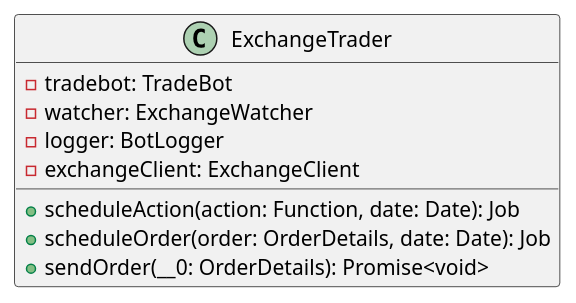
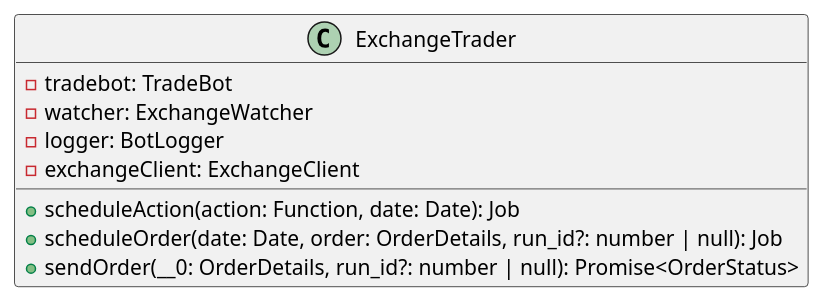
The diagram in docs/ExchangeTrader.puml (d0rich/tradeb0t), drawn with PlantUML before and after one commit. The commit also changed 6 other files, not shown here.

```diff
--- a/docs/ExchangeTrader.puml
+++ b/docs/ExchangeTrader.puml
@@ -1,12 +1,12 @@
 @startuml
 class ExchangeTrader {
     -tradebot: TradeBot
     -watcher: ExchangeWatcher
     -logger: BotLogger
     -exchangeClient: ExchangeClient
     +scheduleAction(action: Function, date: Date): Job
-    +scheduleOrder(order: OrderDetails, date: Date): Job
-    +sendOrder(__0: OrderDetails): Promise<void>
+    +scheduleOrder(date: Date, order: OrderDetails, run_id?: number | null): Job
+    +sendOrder(__0: OrderDetails, run_id?: number | null): Promise<OrderStatus>
 }
 
 @enduml
```
